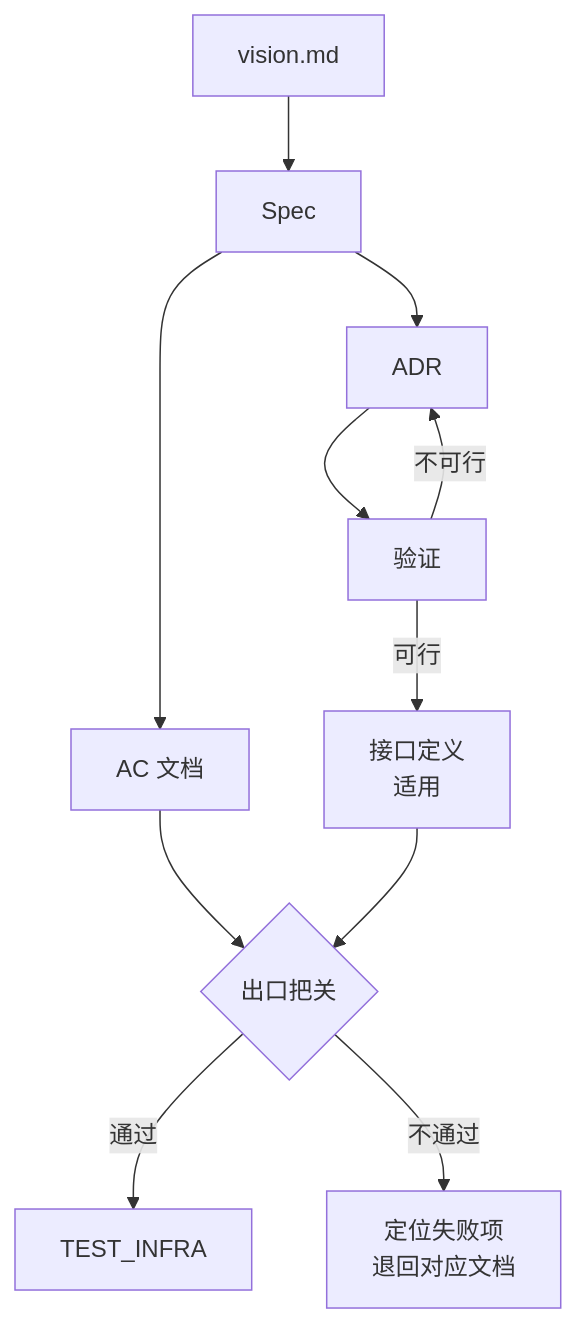
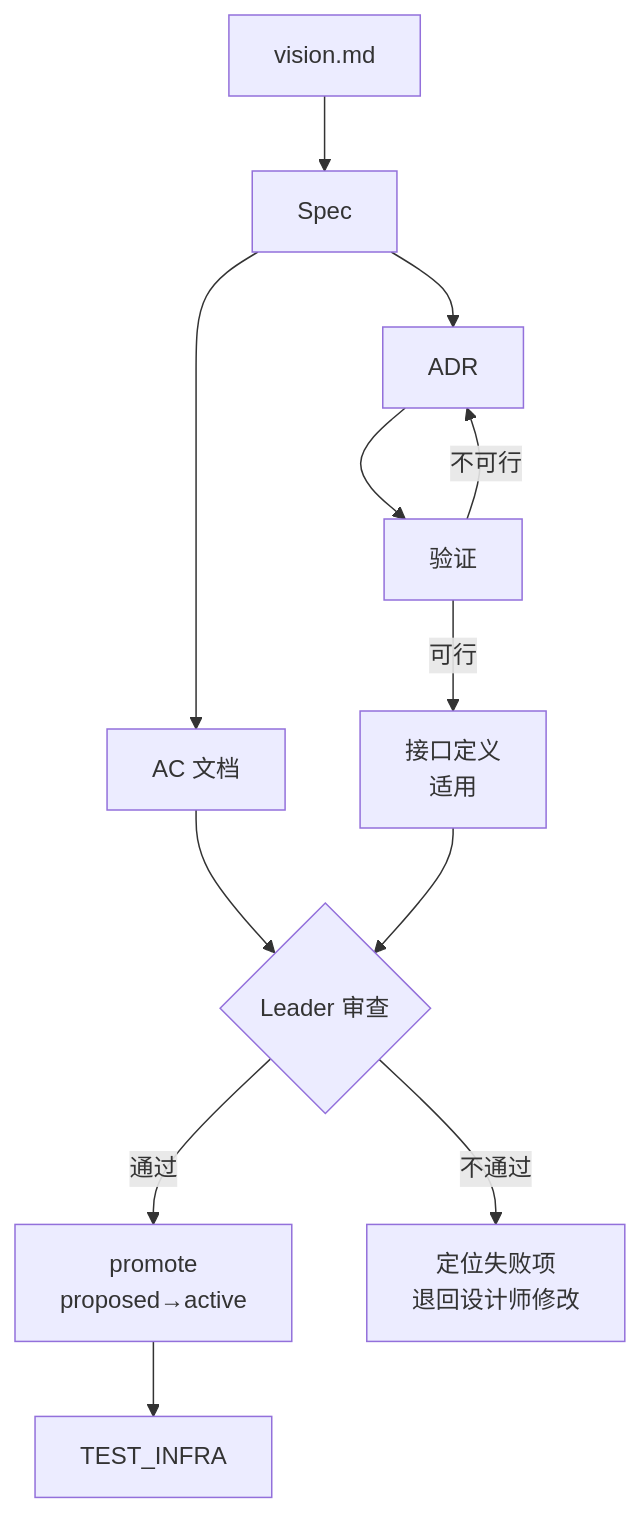
One commit to vlln/devloop changed the diagram in skills/devloop/references/phase-design.md. Above: the diagram before and after it, drawn with Mermaid. The commit also changed other lines of this file and 2 other files, not shown here.

First line of the commit message:
docs(refactor): DESIGN 阶段明确角色分离 — 设计师编写 vs Leader 审查

````diff
--- a/skills/devloop/references/phase-design.md
+++ b/skills/devloop/references/phase-design.md
@@ -7,13 +18,14 @@
 ```mermaid
 flowchart TD
     V[vision.md] --> DS[Spec]
     DS --> AC[AC 文档]
     DS --> ADR[ADR]
     ADR --> VERIFY[验证]
     VERIFY -->|可行| IF[接口定义<br/>适用]
     VERIFY -->|不可行| ADR
-    AC --> G{出口把关}
+    AC --> G{Leader 审查}
     IF --> G
-    G -->|通过| TST[TEST_INFRA]
-    G -->|不通过| FIX[定位失败项<br/>退回对应文档]
+    G -->|通过| PROMOTE[promote<br/>proposed→active]
+    PROMOTE --> TST[TEST_INFRA]
+    G -->|不通过| FIX[定位失败项<br/>退回设计师修改]
 ```
````
